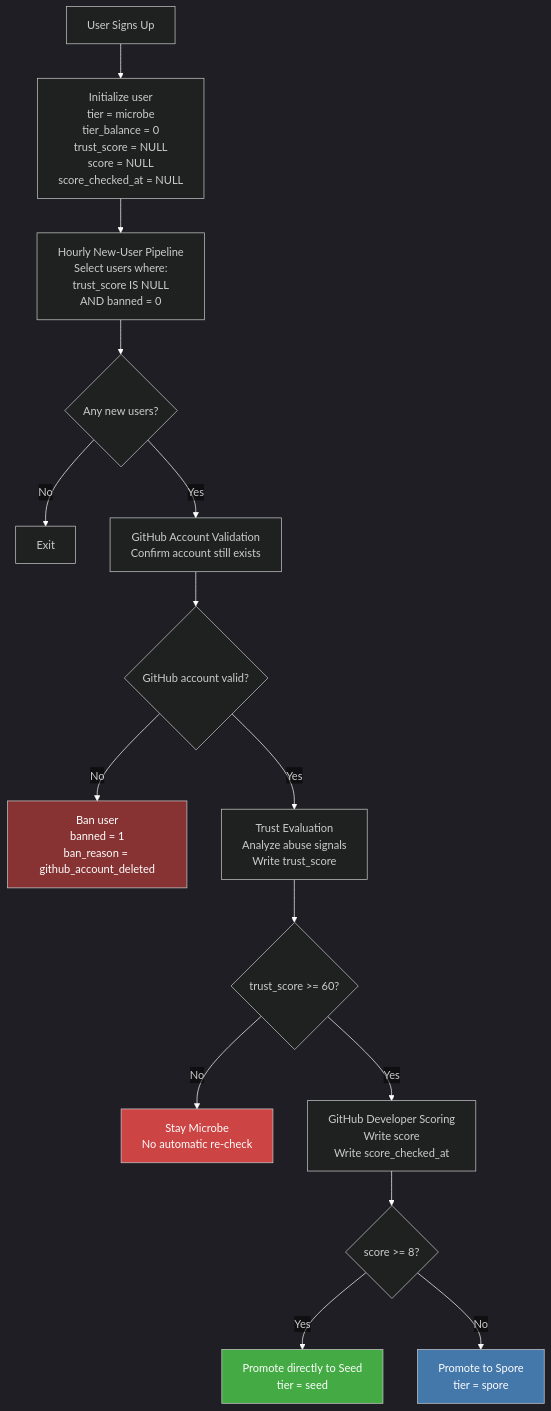
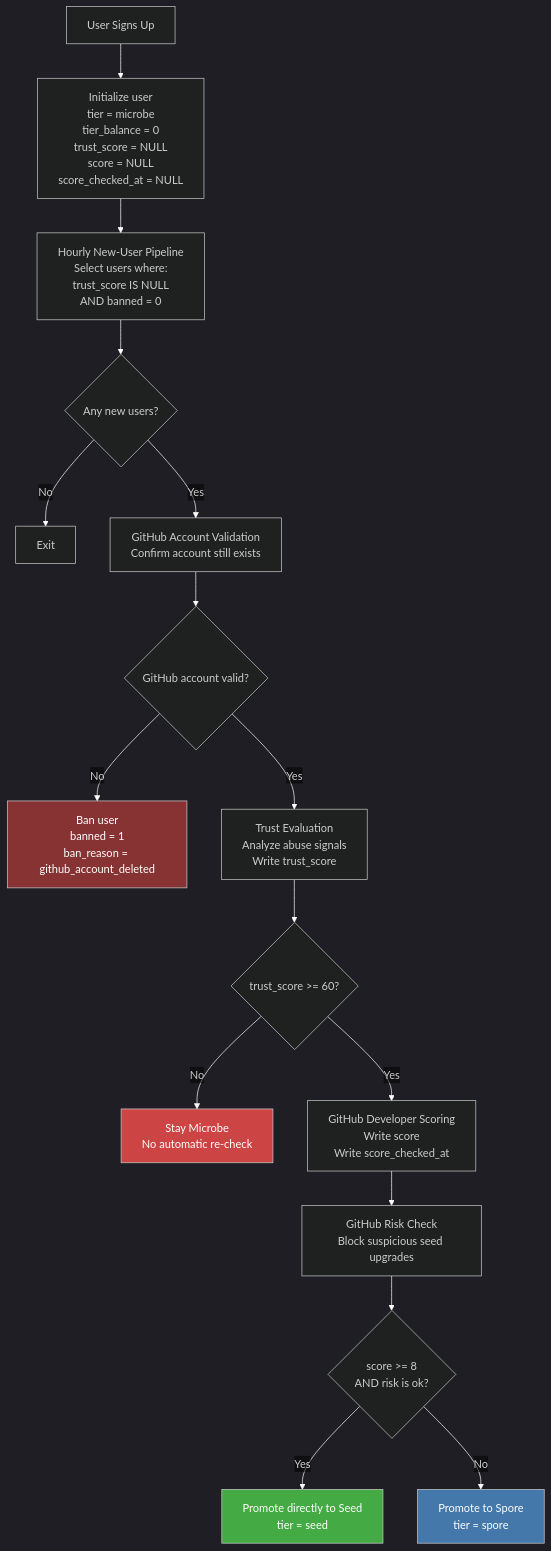
The first of 2 diagrams in enter.pollinations.ai/scripts/user-pipeline/README.md (pollinations/pollinations), drawn with Mermaid before and after one commit. The commit also changed other lines of this file and 4 other files, not shown here.

Commit message:
feat: split github risk from seed scoring

````diff
--- a/enter.pollinations.ai/scripts/user-pipeline/README.md
+++ b/enter.pollinations.ai/scripts/user-pipeline/README.md
@@ -25,46 +26,50 @@
 ```mermaid
 %%{init: {'theme': 'dark', 'themeVariables': {'lineColor': '#ffffff', 'edgeLabelBackground': 'transparent'}}}%%
 flowchart TD
     A["User Signs Up"] --> B["Initialize user
 tier = microbe
 tier_balance = 0
 trust_score = NULL
 score = NULL
 score_checked_at = NULL"]
 
     B --> C["Hourly New-User Pipeline
 Select users where:
 trust_score IS NULL
 AND banned = 0"]
 
     C --> D{"Any new users?"}
     D -->|No| E["Exit"]
     D -->|Yes| F["GitHub Account Validation
 Confirm account still exists"]
 
     F --> G{"GitHub account valid?"}
     G -->|No| H["Ban user
 banned = 1
 ban_reason = github_account_deleted"]
     G -->|Yes| I["Trust Evaluation
 Analyze abuse signals
 Write trust_score"]
 
     I --> J{"trust_score >= 60?"}
     J -->|No| K["Stay Microbe
 No automatic re-check"]
     J -->|Yes| L["GitHub Developer Scoring
 Write score
 Write score_checked_at"]
 
-    L --> M{"score >= 8?"}
-    M -->|Yes| N["Promote directly to Seed
+    L --> M["GitHub Risk Check
+Block suspicious seed upgrades"]
+
+    M --> N{"score >= 8
+AND risk is ok?"}
+    N -->|Yes| O["Promote directly to Seed
 tier = seed"]
-    M -->|No| O["Promote to Spore
+    N -->|No| P["Promote to Spore
 tier = spore"]
 
     style H fill:#833,color:#fff
     style K fill:#c44,color:#fff
-    style O fill:#47a,color:#fff
-    style N fill:#4a4,color:#fff
+    style P fill:#47a,color:#fff
+    style O fill:#4a4,color:#fff
 ```
````
